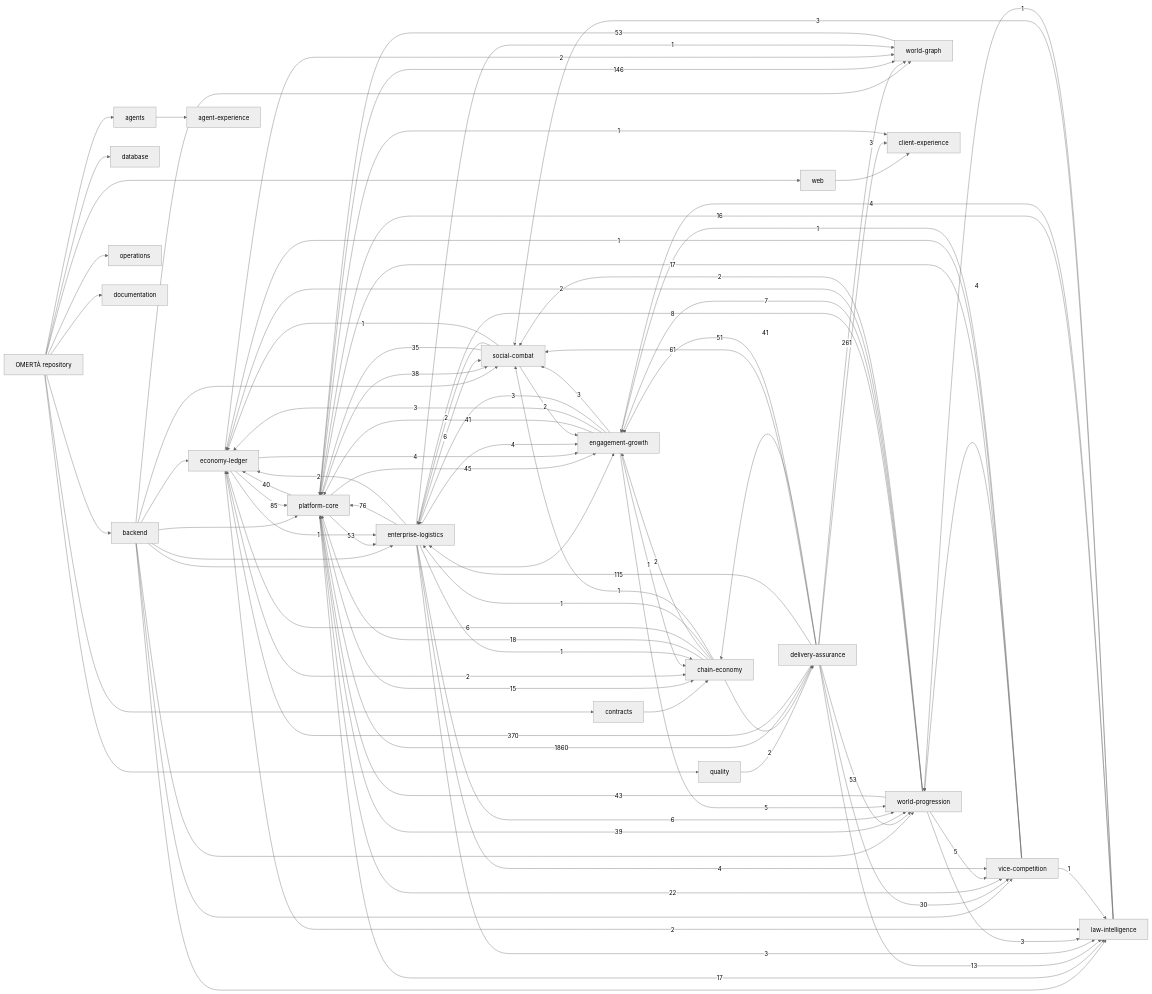
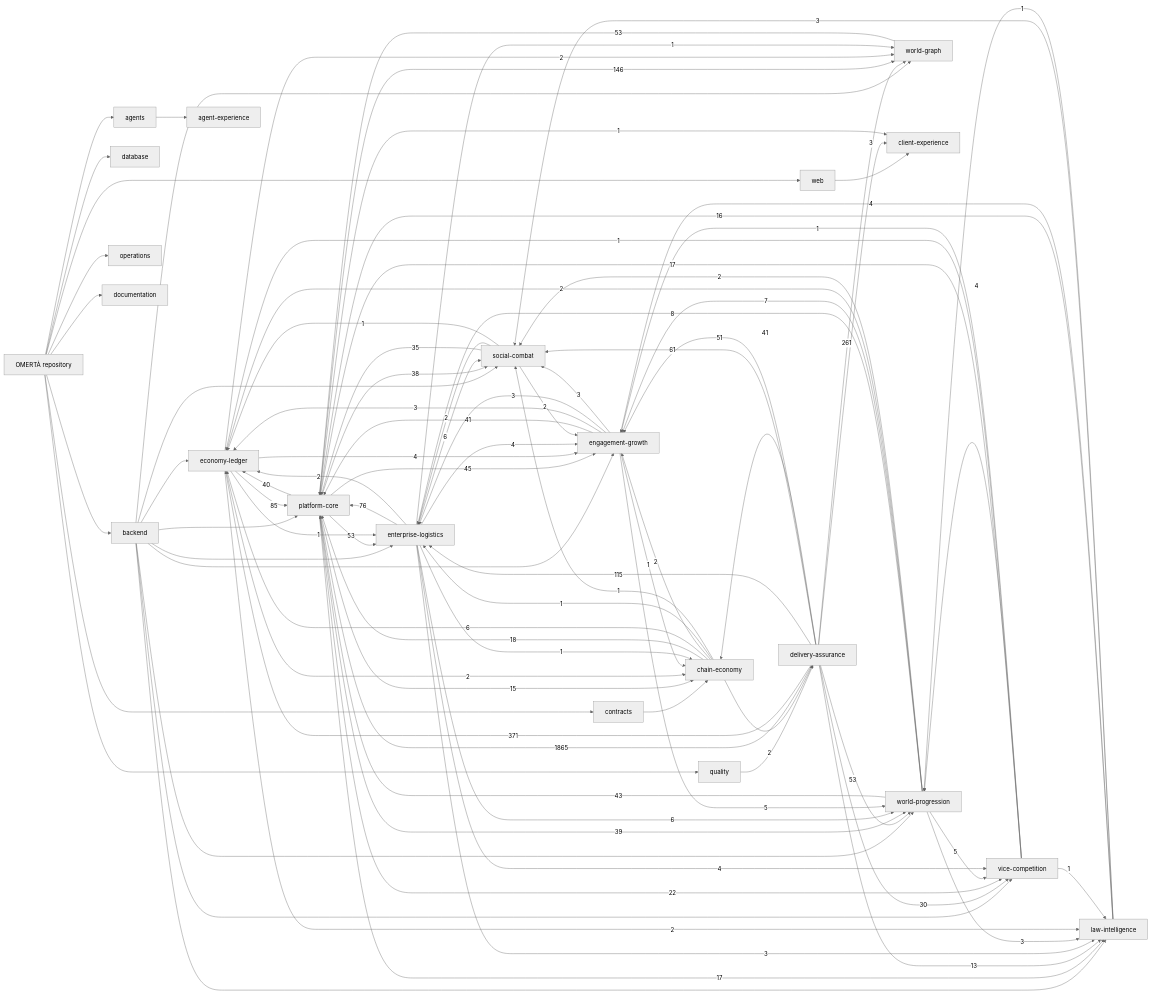
Before and after one commit to OmertaDev/Omerta: the diagram in knowledge/generated/graph.mmd, drawn with Mermaid (neutral theme). The commit also changed 6 other files, not shown here.

```diff
--- a/knowledge/generated/graph.mmd
+++ b/knowledge/generated/graph.mmd
@@ -1,113 +1,113 @@
 flowchart LR
   repo["OMERTÀ repository"]
   sub_backend["backend"]
   repo --> sub_backend
   sub_database["database"]
   repo --> sub_database
   sub_web["web"]
   repo --> sub_web
   sub_contracts["contracts"]
   repo --> sub_contracts
   sub_agents["agents"]
   repo --> sub_agents
   sub_quality["quality"]
   repo --> sub_quality
   sub_operations["operations"]
   repo --> sub_operations
   sub_documentation["documentation"]
   repo --> sub_documentation
   dom_platform-core["platform-core"]
   dom_economy-ledger["economy-ledger"]
   dom_social-combat["social-combat"]
   dom_world-progression["world-progression"]
   dom_world-graph["world-graph"]
   dom_enterprise-logistics["enterprise-logistics"]
   dom_vice-competition["vice-competition"]
   dom_law-intelligence["law-intelligence"]
   dom_chain-economy["chain-economy"]
   dom_engagement-growth["engagement-growth"]
   dom_client-experience["client-experience"]
   dom_agent-experience["agent-experience"]
   dom_delivery-assurance["delivery-assurance"]
   sub_agents --> dom_agent-experience
   sub_backend --> dom_economy-ledger
   sub_backend --> dom_engagement-growth
   sub_backend --> dom_enterprise-logistics
   sub_backend --> dom_law-intelligence
   sub_backend --> dom_platform-core
   sub_backend --> dom_social-combat
   sub_backend --> dom_vice-competition
   sub_backend --> dom_world-graph
   sub_backend --> dom_world-progression
   sub_contracts --> dom_chain-economy
   sub_quality --> dom_delivery-assurance
   sub_web --> dom_client-experience
-  dom_delivery-assurance -->|1860| dom_platform-core
-  dom_delivery-assurance -->|370| dom_economy-ledger
+  dom_delivery-assurance -->|1865| dom_platform-core
+  dom_delivery-assurance -->|371| dom_economy-ledger
   dom_delivery-assurance -->|261| dom_world-graph
   dom_platform-core -->|146| dom_world-graph
   dom_delivery-assurance -->|115| dom_enterprise-logistics
   dom_economy-ledger -->|85| dom_platform-core
   dom_enterprise-logistics -->|76| dom_platform-core
   dom_delivery-assurance -->|61| dom_social-combat
   dom_delivery-assurance -->|53| dom_world-progression
   dom_platform-core -->|53| dom_enterprise-logistics
   dom_world-graph -->|53| dom_platform-core
   dom_delivery-assurance -->|51| dom_engagement-growth
   dom_platform-core -->|45| dom_engagement-growth
   dom_world-progression -->|43| dom_platform-core
   dom_delivery-assurance -->|41| dom_chain-economy
   dom_engagement-growth -->|41| dom_platform-core
   dom_platform-core -->|40| dom_economy-ledger
   dom_platform-core -->|39| dom_world-progression
   dom_platform-core -->|38| dom_social-combat
   dom_social-combat -->|35| dom_platform-core
   dom_delivery-assurance -->|30| dom_vice-competition
   dom_platform-core -->|22| dom_vice-competition
   dom_chain-economy -->|18| dom_platform-core
   dom_platform-core -->|17| dom_law-intelligence
   dom_vice-competition -->|17| dom_platform-core
   dom_law-intelligence -->|16| dom_platform-core
   dom_platform-core -->|15| dom_chain-economy
   dom_delivery-assurance -->|13| dom_law-intelligence
   dom_world-progression -->|8| dom_enterprise-logistics
   dom_world-progression -->|7| dom_engagement-growth
   dom_chain-economy -->|6| dom_economy-ledger
   dom_enterprise-logistics -->|6| dom_social-combat
   dom_enterprise-logistics -->|6| dom_world-progression
   dom_engagement-growth -->|5| dom_world-progression
   dom_world-progression -->|5| dom_vice-competition
   dom_economy-ledger -->|4| dom_engagement-growth
   dom_enterprise-logistics -->|4| dom_engagement-growth
   dom_enterprise-logistics -->|4| dom_vice-competition
   dom_law-intelligence -->|4| dom_engagement-growth
   dom_vice-competition -->|4| dom_world-progression
   dom_delivery-assurance -->|3| dom_client-experience
   dom_engagement-growth -->|3| dom_economy-ledger
   dom_engagement-growth -->|3| dom_enterprise-logistics
   dom_engagement-growth -->|3| dom_social-combat
   dom_enterprise-logistics -->|3| dom_law-intelligence
   dom_law-intelligence -->|3| dom_social-combat
   dom_world-progression -->|3| dom_law-intelligence
   dom_chain-economy -->|2| dom_delivery-assurance
   dom_chain-economy -->|2| dom_engagement-growth
   dom_economy-ledger -->|2| dom_chain-economy
   dom_economy-ledger -->|2| dom_law-intelligence
   dom_economy-ledger -->|2| dom_world-graph
   dom_enterprise-logistics -->|2| dom_economy-ledger
   dom_social-combat -->|2| dom_engagement-growth
   dom_social-combat -->|2| dom_enterprise-logistics
   dom_world-progression -->|2| dom_economy-ledger
   dom_world-progression -->|2| dom_social-combat
   dom_chain-economy -->|1| dom_enterprise-logistics
   dom_chain-economy -->|1| dom_social-combat
   dom_economy-ledger -->|1| dom_enterprise-logistics
   dom_engagement-growth -->|1| dom_chain-economy
   dom_enterprise-logistics -->|1| dom_chain-economy
   dom_enterprise-logistics -->|1| dom_world-graph
   dom_law-intelligence -->|1| dom_world-progression
   dom_platform-core -->|1| dom_client-experience
   dom_social-combat -->|1| dom_economy-ledger
   dom_vice-competition -->|1| dom_economy-ledger
   dom_vice-competition -->|1| dom_engagement-growth
   dom_vice-competition -->|1| dom_law-intelligence
```
